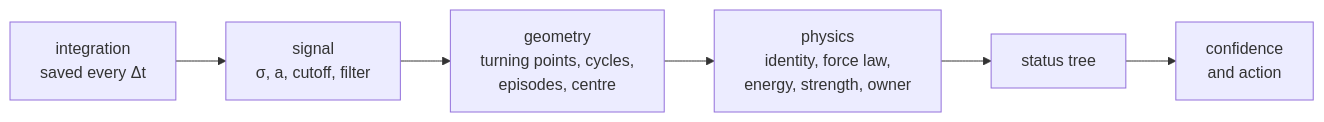
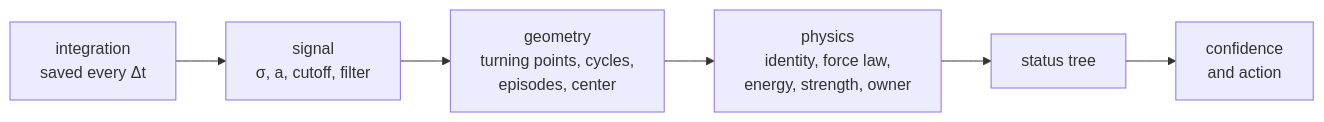
The diagram in resonances/skills/resonances/references/physics/overview.md (smirik/resonances), drawn with Mermaid before and after one commit. The commit also changed other lines of this file and 200 other files, not shown here.

````diff
--- a/resonances/skills/resonances/references/physics/overview.md
+++ b/resonances/skills/resonances/references/physics/overview.md
@@ -62,8 +62,8 @@
 ```mermaid
 flowchart LR
     A[integration<br/>saved every Δt] --> B[signal<br/>σ, a, cutoff, filter]
-    B --> C[geometry<br/>turning points, cycles,<br/>episodes, centre]
+    B --> C[geometry<br/>turning points, cycles,<br/>episodes, center]
     C --> D[physics<br/>identity, force law,<br/>energy, strength, owner]
     D --> E[status tree]
     E --> F[confidence<br/>and action]
 ```
````
